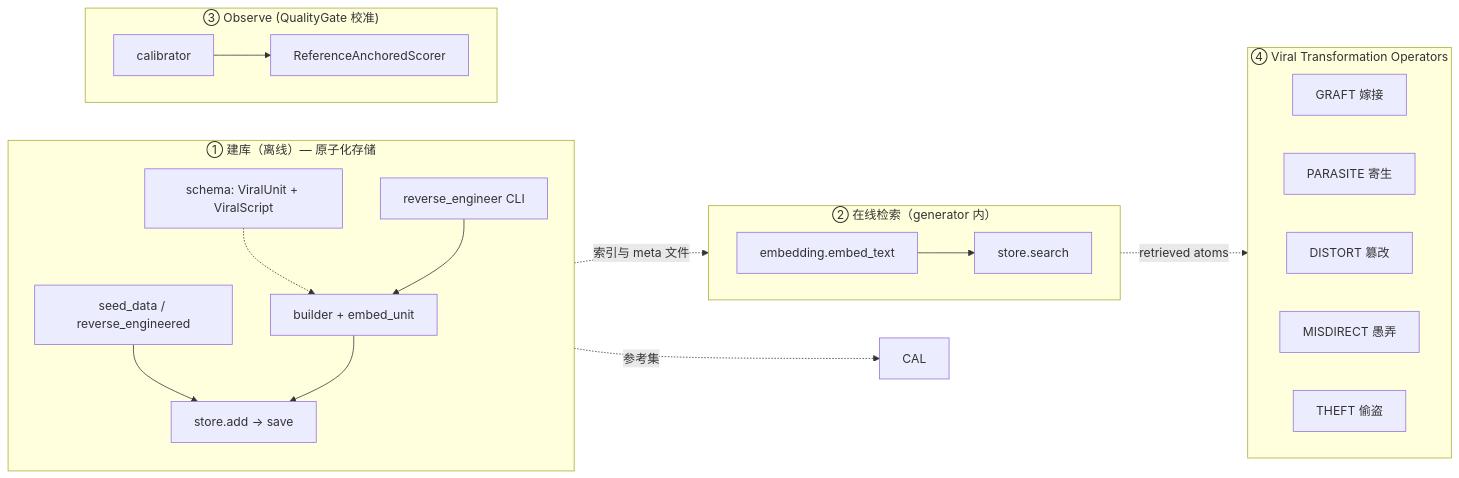
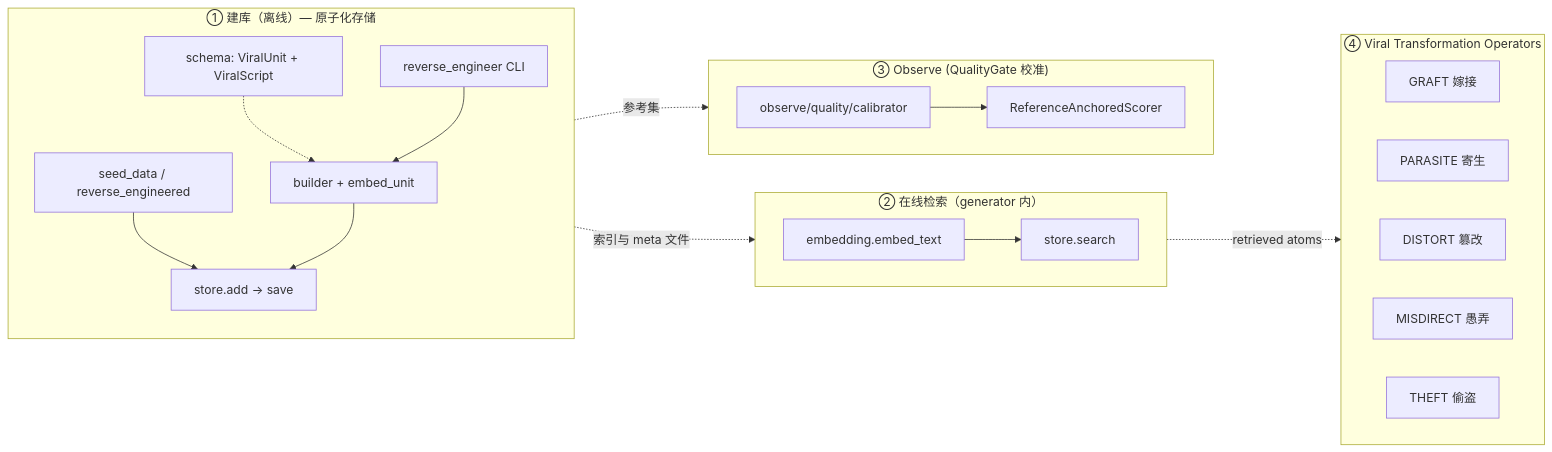
The second of 2 diagrams in FlowBeast/README.md (ArlesZhang/FlowBeast-Agent), drawn with Mermaid before and after one commit. The commit also changed other lines of this file and 3 other files, not shown here.

First line of the commit message:
docs: fix FP2 typo, add phase context labels, streamline architecture diagram

````diff
--- a/FlowBeast/README.md
+++ b/FlowBeast/README.md
@@ -232,42 +138,42 @@
 ```mermaid
 flowchart LR
   subgraph WRITE["① 建库（离线）— 原子化存储"]
     direction TB
     SCH[schema: ViralUnit + ViralScript]
     BLD[builder + embed_unit]
     SEED[seed_data / reverse_engineered]
     REV[reverse_engineer CLI]
     STW[store.add → save]
     SCH -.-> BLD
     REV --> BLD
     SEED --> STW
     BLD --> STW
   end
 
   subgraph READ["② 在线检索（generator 内）"]
     direction LR
     EMB[embedding.embed_text]
     SRH[store.search]
     EMB --> SRH
   end
 
   subgraph OBSERVE["③ Observe (QualityGate 校准)"]
     direction LR
-    CLB[calibrator]
+    CLB[observe/quality/calibrator]
     RAS[ReferenceAnchoredScorer]
     CLB --> RAS
   end
 
   subgraph VTO["④ Viral Transformation Operators"]
     direction LR
     GRAFT[GRAFT 嫁接]
     PARASITE[PARASITE 寄生]
     DISTORT[DISTORT 篡改]
     MISDIRECT[MISDIRECT 愚弄]
     THEFT[THEFT 偷盗]
   end
 
   WRITE -.->|索引与 meta 文件| READ
-  WRITE -.->|参考集| CAL
+  WRITE -.->|参考集| CLB
   READ -.->|retrieved atoms| VTO
 ```
````
